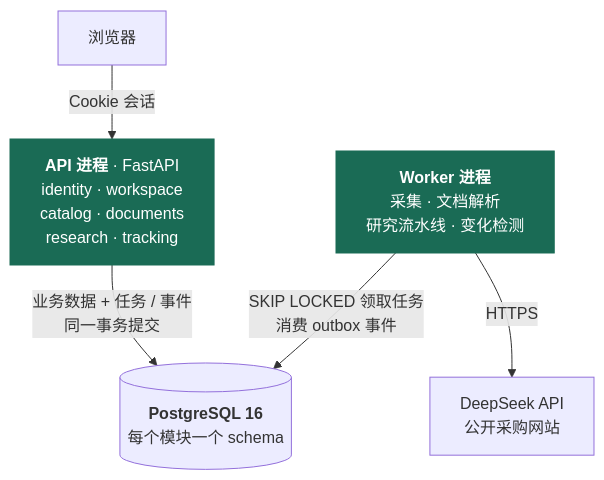
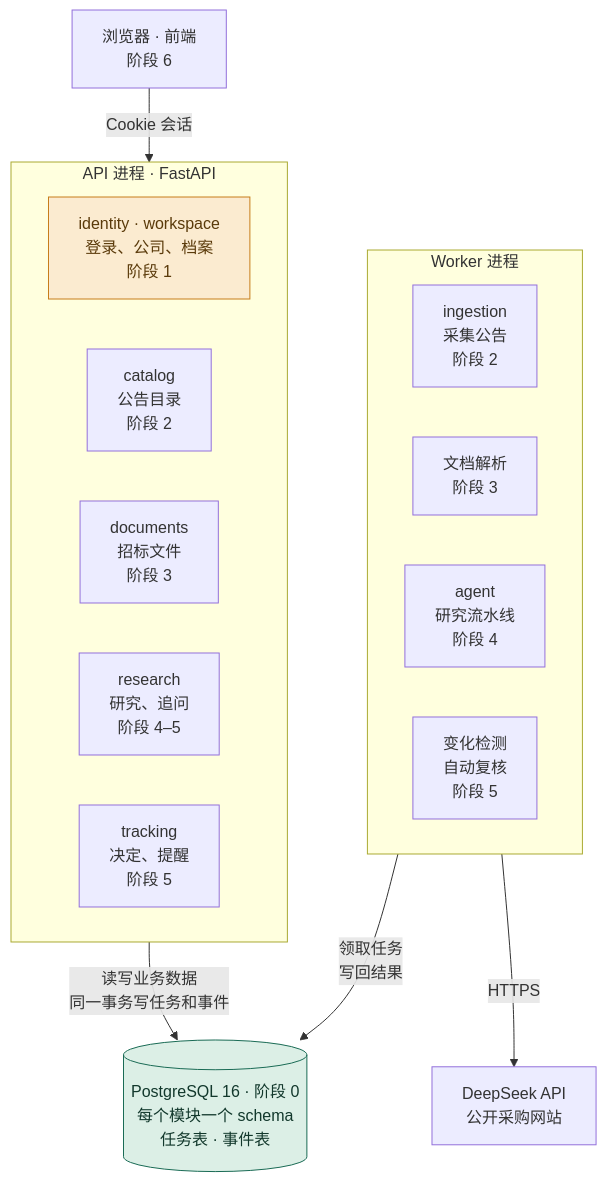
One commit to chasen2041maker/BidRadar changed the diagram in README.md. Above: the diagram before and after it, drawn with Mermaid. The commit also changed other lines of this file and 4 other files, not shown here.

Commit message:
docs: add architecture diagram and a step-by-step guide for each stage

````diff
--- a/README.md
+++ b/README.md
@@ -87,14 +54,27 @@
 ```mermaid
 flowchart TB
-    browser["浏览器"]
-    api["<b>API 进程</b> · FastAPI<br/>identity · workspace<br/>catalog · documents<br/>research · tracking"]
-    db[("<b>PostgreSQL 16</b><br/>每个模块一个 schema")]
-    worker["<b>Worker 进程</b><br/>采集 · 文档解析<br/>研究流水线 · 变化检测"]
+    web["浏览器 · 前端<br/>阶段 6"]
+    subgraph API["API 进程 · FastAPI"]
+        m1["identity · workspace<br/>登录、公司、档案<br/>阶段 1"]
+        m2["catalog<br/>公告目录<br/>阶段 2"]
+        m3["documents<br/>招标文件<br/>阶段 3"]
+        m4["research<br/>研究、追问<br/>阶段 4–5"]
+        m5["tracking<br/>决定、提醒<br/>阶段 5"]
+    end
+    subgraph Worker["Worker 进程"]
+        w1["ingestion<br/>采集公告<br/>阶段 2"]
+        w2["文档解析<br/>阶段 3"]
+        w3["agent<br/>研究流水线<br/>阶段 4"]
+        w4["变化检测<br/>自动复核<br/>阶段 5"]
+    end
+    db[("PostgreSQL 16 · 阶段 0<br/>每个模块一个 schema<br/>任务表 · 事件表")]
     ext["DeepSeek API<br/>公开采购网站"]
-    browser -- "Cookie 会话" --> api
-    api -- "业务数据 + 任务 / 事件<br/>同一事务提交" --> db
-    worker -- "SKIP LOCKED 领取任务<br/>消费 outbox 事件" --> db
-    worker -- "HTTPS" --> ext
-    classDef core fill:#1A6B55,stroke:#1A6B55,color:#fff
-    class api,worker core
+    web -- "Cookie 会话" --> API
+    API -- "读写业务数据<br/>同一事务写任务和事件" --> db
+    Worker -- "领取任务<br/>写回结果" --> db
+    Worker -- "HTTPS" --> ext
+    classDef done fill:#DCEFE6,stroke:#1A6B55,color:#12382C
+    classDef next fill:#FBEBD0,stroke:#C77D1A,color:#5A3A0A
+    class db done
+    class m1 next
 ```
````
